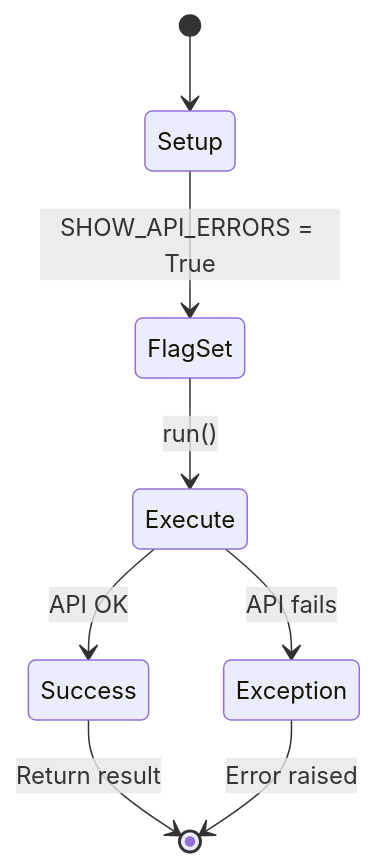
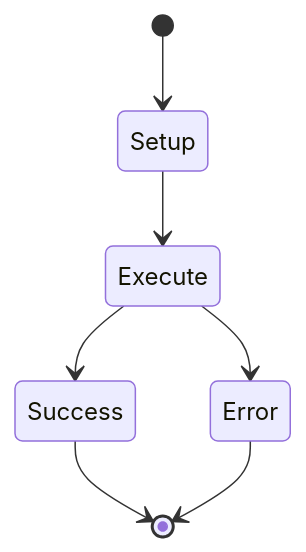
The fourth of 5 diagrams in examples/api_pipeline/05_show_errors/README.md (wisrovi/wpipe), drawn with Mermaid before and after one commit. The commit also changed other lines of this file and 20 other files, not shown here.

First line of the commit message:
Simplify Mermaid diagrams for better rendering

````diff
--- a/examples/api_pipeline/05_show_errors/README.md
+++ b/examples/api_pipeline/05_show_errors/README.md
@@ -65,10 +57,9 @@
 ```mermaid
 stateDiagram-v2
     [*] --> Setup
-    Setup --> FlagSet: SHOW_API_ERRORS = True
-    FlagSet --> Execute: run()
-    Execute --> Success: API OK
-    Success --> [*]: Return result
-    Execute --> Exception: API fails
-    Exception --> [*]: Error raised
+    Setup --> Execute
+    Execute --> Success
+    Execute --> Error
+    Success --> [*]
+    Error --> [*]
 ```
````
